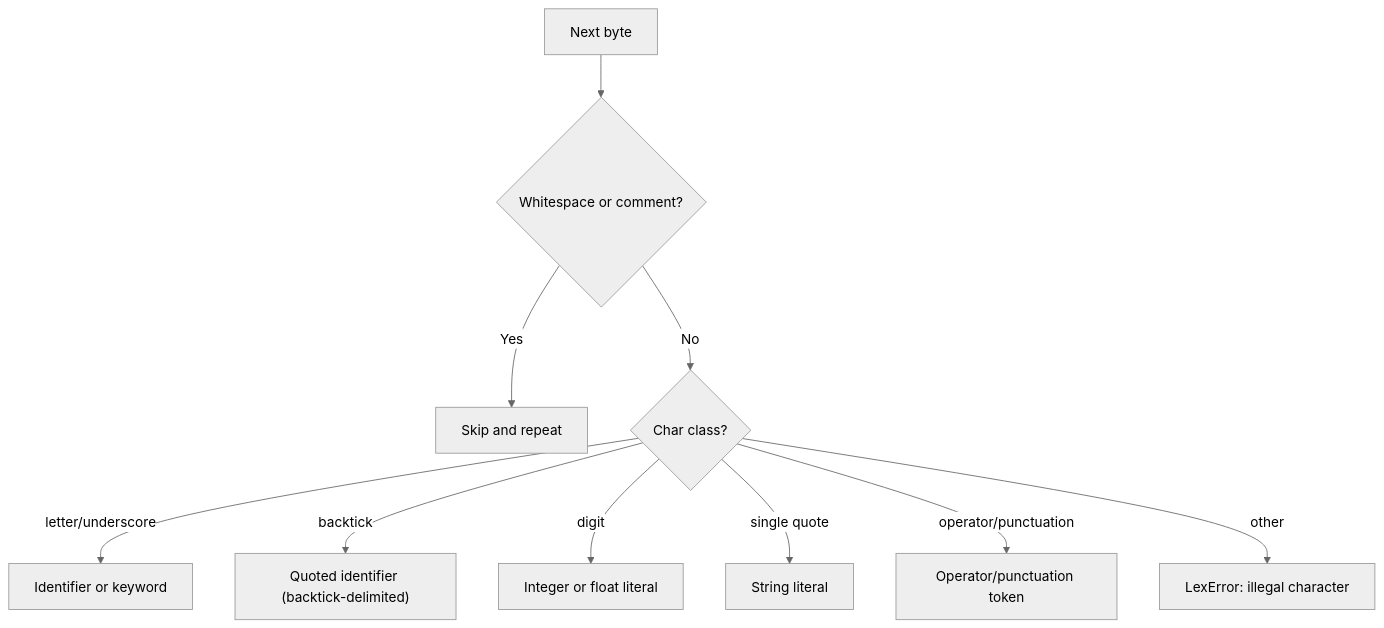
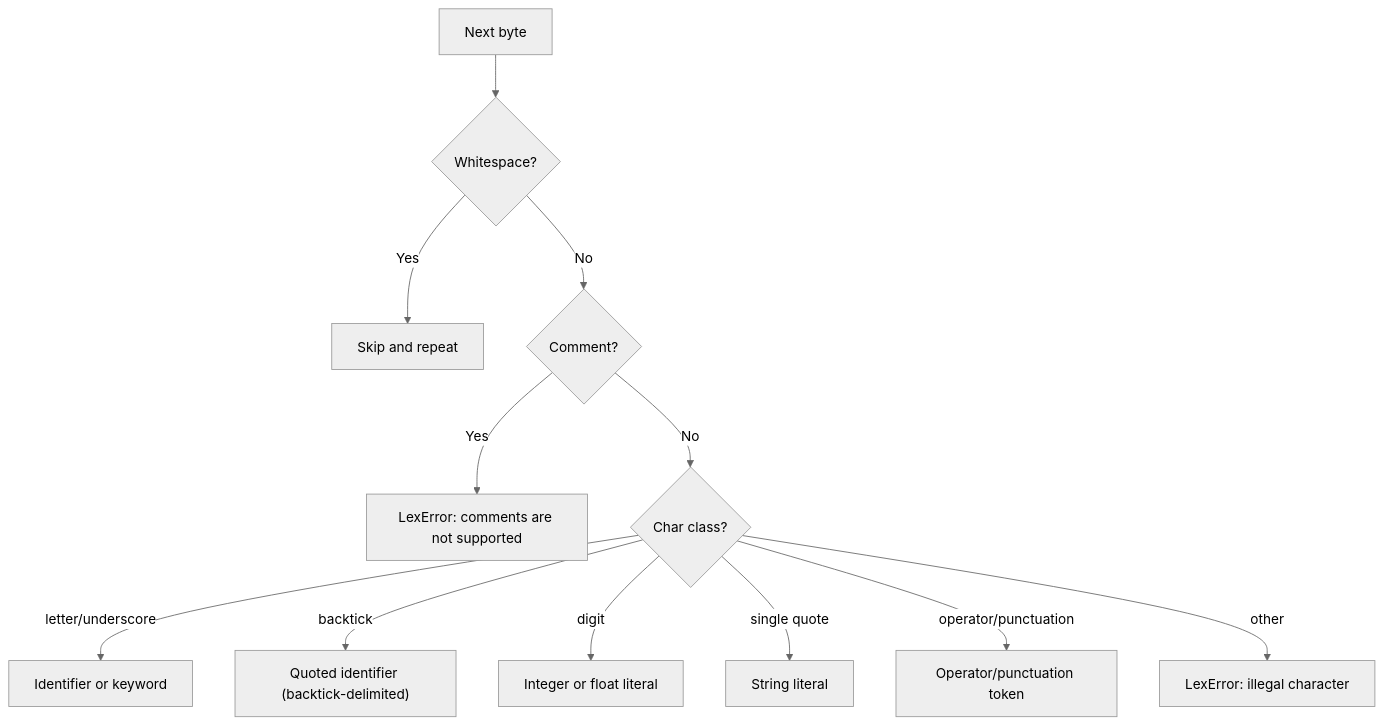
One commit to Eagle-Konbu/sanat changed the first of 7 diagrams in docs/parser-spec.md. Above: the diagram before and after it, drawn with Mermaid (neutral theme). The commit also changed other lines of this file and 4 other files, not shown here.

````diff
--- a/docs/parser-spec.md
+++ b/docs/parser-spec.md
@@ -103,12 +103,14 @@
 ```mermaid
 flowchart TD
-    A[Next byte] --> B{Whitespace or comment?}
+    A[Next byte] --> B{Whitespace?}
     B -- Yes --> C[Skip and repeat]
-    B -- No --> D{Char class?}
+    B -- No --> K{Comment?}
+    K -- Yes --> L["LexError: comments are not supported"]
+    K -- No --> D{Char class?}
     D -- letter/underscore --> E[Identifier or keyword]
     D -- backtick --> F["Quoted identifier (backtick-delimited)"]
     D -- digit --> G[Integer or float literal]
     D -- single quote --> H[String literal]
     D -- operator/punctuation --> I[Operator/punctuation token]
     D -- other --> J["LexError: illegal character"]
 ```
````
